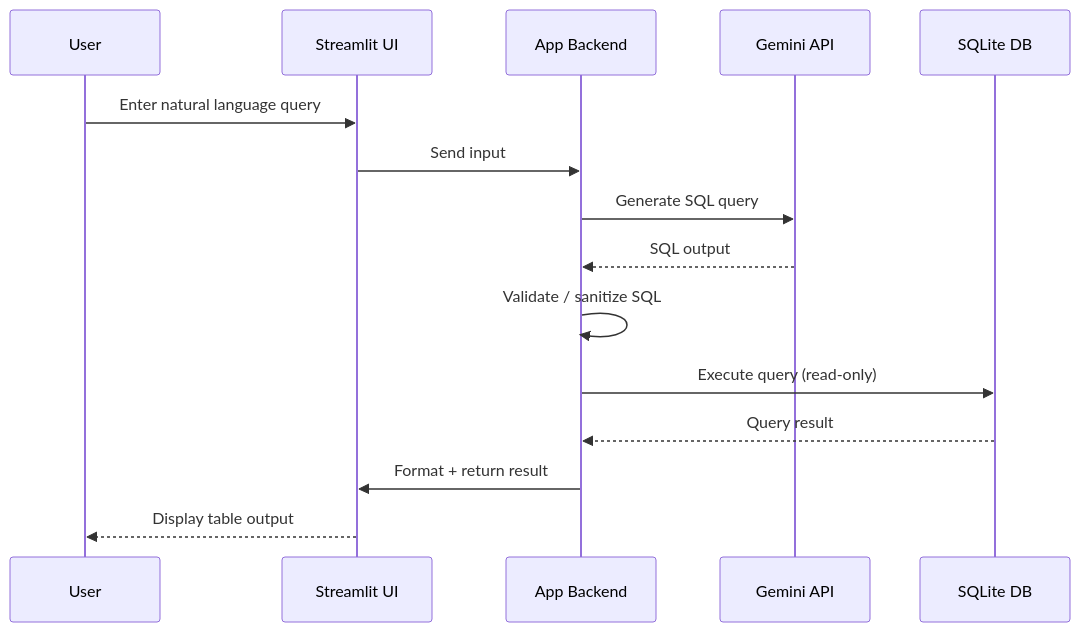
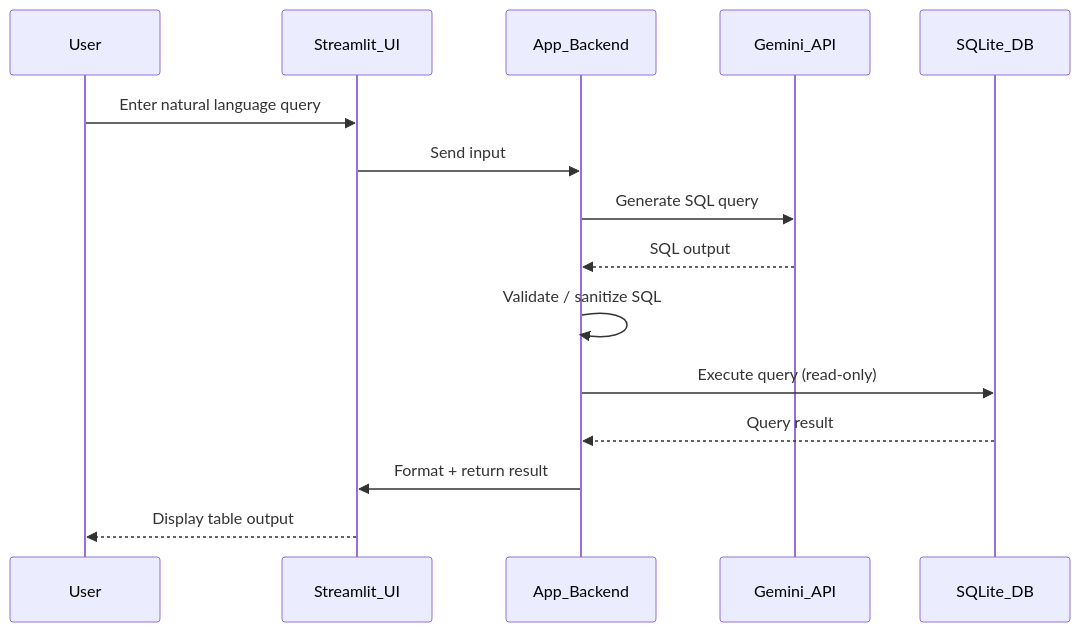
Before and after one commit to prth1234/Query-Pilot: the second of 2 diagrams in README.md, drawn with Mermaid. The commit also changed other lines of this file, not shown here.

Commit message:
Added diagram in Readme file

````diff
--- a/README.md
+++ b/README.md
@@ -32,22 +63,22 @@
 ```mermaid
 sequenceDiagram
-  participant U as User
-  participant UI as Streamlit UI
-  participant APP as App Backend
-  participant LLM as Gemini API
-  participant DB as SQLite DB
+	participant U as User
+	participant UI as Streamlit_UI
+	participant APP as App_Backend
+	participant LLM as Gemini_API
+	participant DB as SQLite_DB
 
-  U->>UI: Enter natural language query
-  UI->>APP: Send input
+	U->>UI: Enter natural language query
+	UI->>APP: Send input
 
-  APP->>LLM: Generate SQL query
-  LLM-->>APP: SQL output
+	APP->>LLM: Generate SQL query
+	LLM-->>APP: SQL output
 
-  APP->>APP: Validate / sanitize SQL
+	APP->>APP: Validate / sanitize SQL
 
-  APP->>DB: Execute query (read-only)
-  DB-->>APP: Query result
+	APP->>DB: Execute query (read-only)
+	DB-->>APP: Query result
 
-  APP->>UI: Format + return result
-  UI-->>U: Display table output
+	APP->>UI: Format + return result
+	UI-->>U: Display table output
 ```
````
